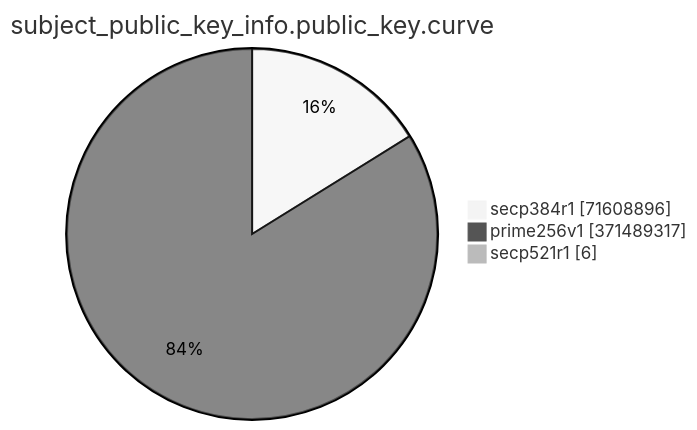
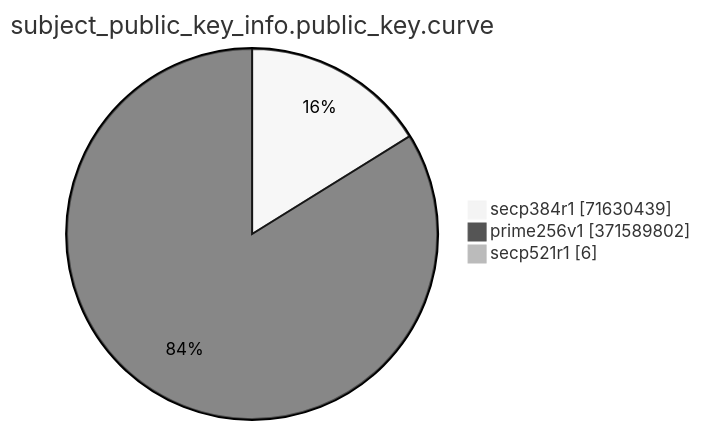
The eighth of 15 diagrams in TOTAL/README.md (christiankrug/ctmonitor_visualization), drawn with Mermaid (neutral theme) before and after one commit. The commit also changed other lines of this file, not shown here.

````diff
--- a/TOTAL/README.md
+++ b/TOTAL/README.md
@@ -3094,7 +3094,7 @@
 ```mermaid
 pie showData
 title subject_public_key_info.public_key.curve
-"secp384r1" :71608896
-"prime256v1" :371489317
+"secp384r1" :71630439
+"prime256v1" :371589802
 "secp521r1" :6
 ```
````
